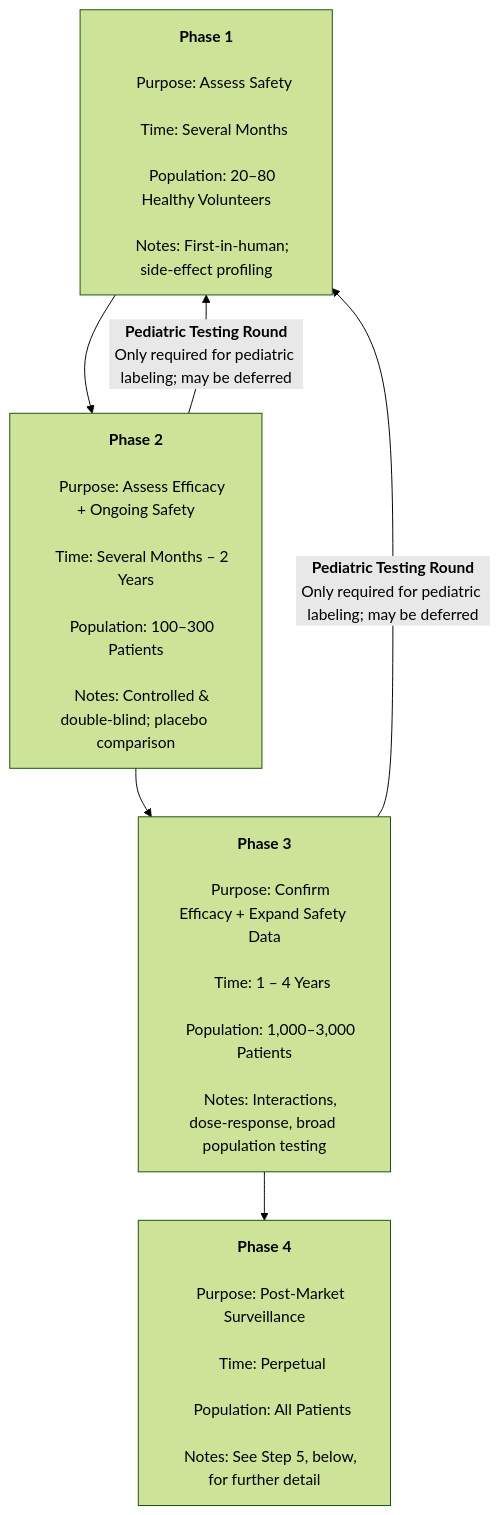
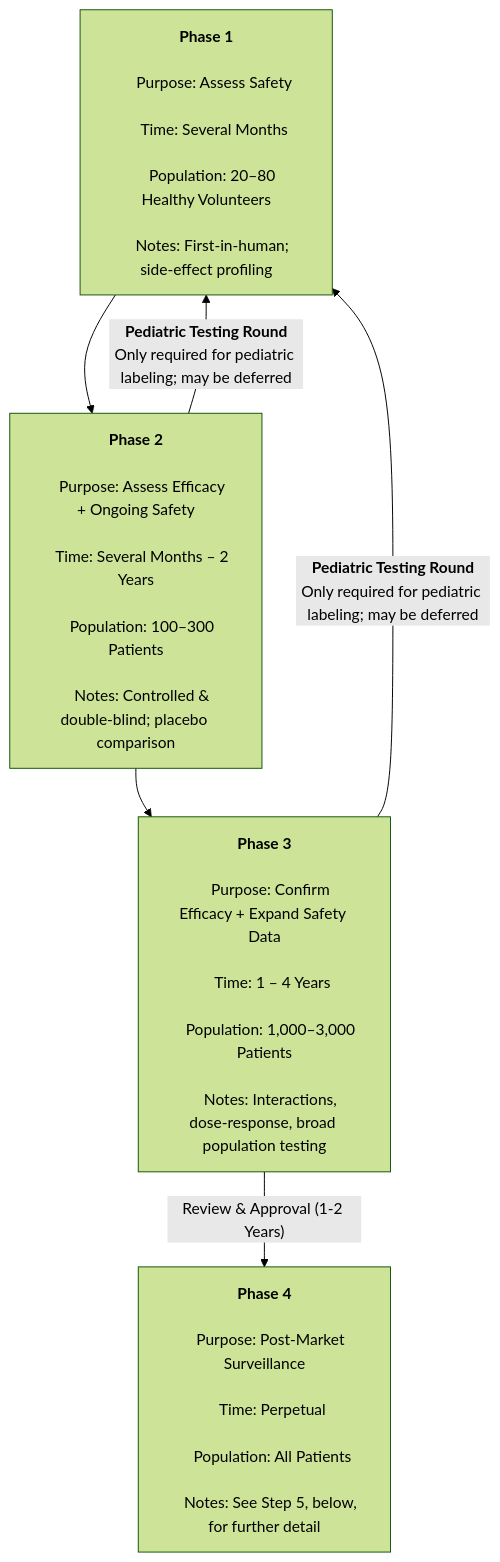
One commit to ctnava/rxtechnotes changed the diagram in discovery_manufacture.md. Above: the diagram before and after it, drawn with Mermaid (forest theme).

Commit message:
move diagram

````diff
--- a/discovery_manufacture.md
+++ b/discovery_manufacture.md
@@ -67,31 +65,31 @@
 ```mermaid
 flowchart TD
 
-    A["<b>Phase 1</b><br>
+    PHASE1["<b>Phase 1</b><br>
     Purpose: Assess Safety<br>
     Time: Several Months<br>
     Population: 20–80 Healthy Volunteers<br>
-    Notes: First‑in‑human; side‑effect profiling"] --> B
+    Notes: First‑in‑human; side‑effect profiling"] --> PHASE2
 
-    B["<b>Phase 2</b><br>
+    PHASE2["<b>Phase 2</b><br>
     Purpose: Assess Efficacy + Ongoing Safety<br>
     Time: Several Months – 2 Years<br>
     Population: 100–300 Patients<br>
-    Notes: Controlled & double‑blind; placebo comparison"] --> C
+    Notes: Controlled & double‑blind; placebo comparison"] --> PHASE3
 
-    C["<b>Phase 3</b><br>
+    PHASE3["<b>Phase 3</b><br>
     Purpose: Confirm Efficacy + Expand Safety Data<br>
     Time: 1 – 4 Years<br>
     Population: 1,000–3,000 Patients<br>
-    Notes: Interactions, dose‑response, broad population testing"] --> D
+    Notes: Interactions, dose‑response, broad population testing"] --"Review & Approval (1-2 Years)"--> PHASE4
     
-    B -- "<b>Pediatric Testing Round</b></br>Only required for pediatric labeling; may be deferred"--> A
-    C -- "<b>Pediatric Testing Round</b></br>Only required for pediatric labeling; may be deferred"--> A
+    PHASE2 -- "<b>Pediatric Testing Round</b></br>Only required for pediatric labeling; may be deferred"--> PHASE1
+    PHASE3 -- "<b>Pediatric Testing Round</b></br>Only required for pediatric labeling; may be deferred"--> PHASE1
 
-    D["<b>Phase 4</b><br>
+    PHASE4["<b>Phase 4</b><br>
     Purpose: Post-Market Surveillance<br>
     Time: Perpetual<br>
     Population: All Patients<br>
     Notes: See Step 5, below, for further detail"]
 
 ```
````
